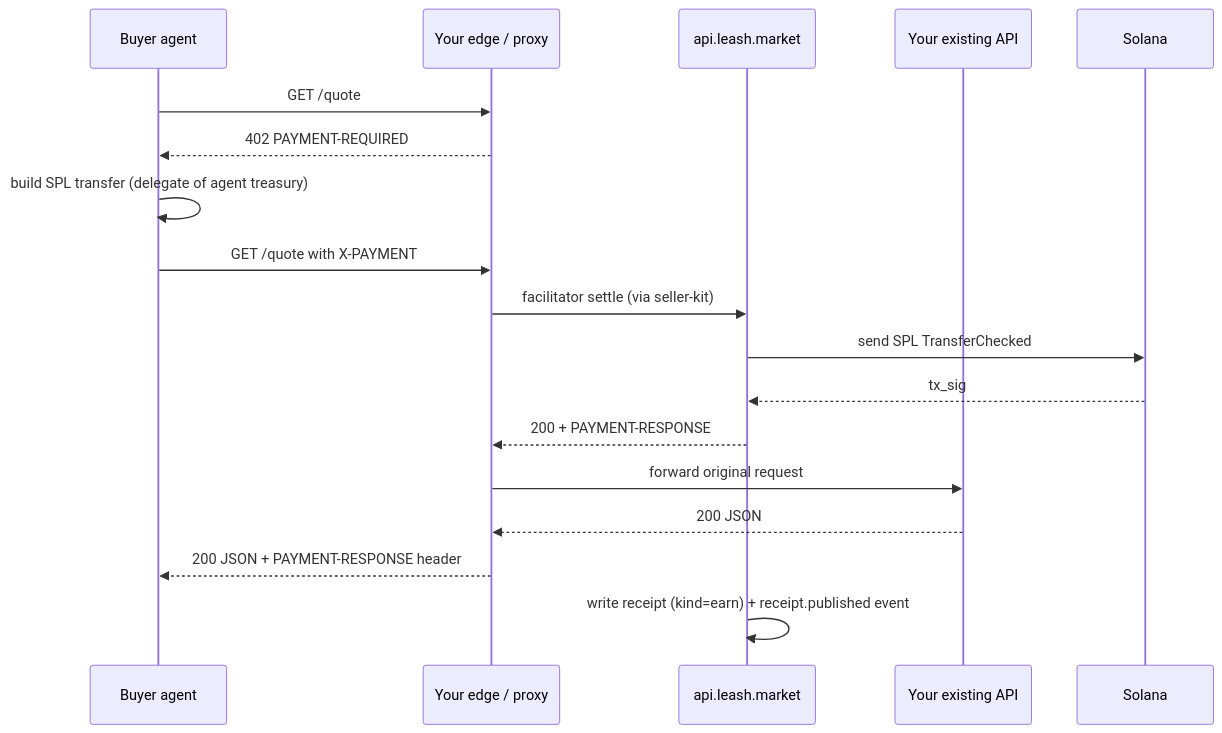
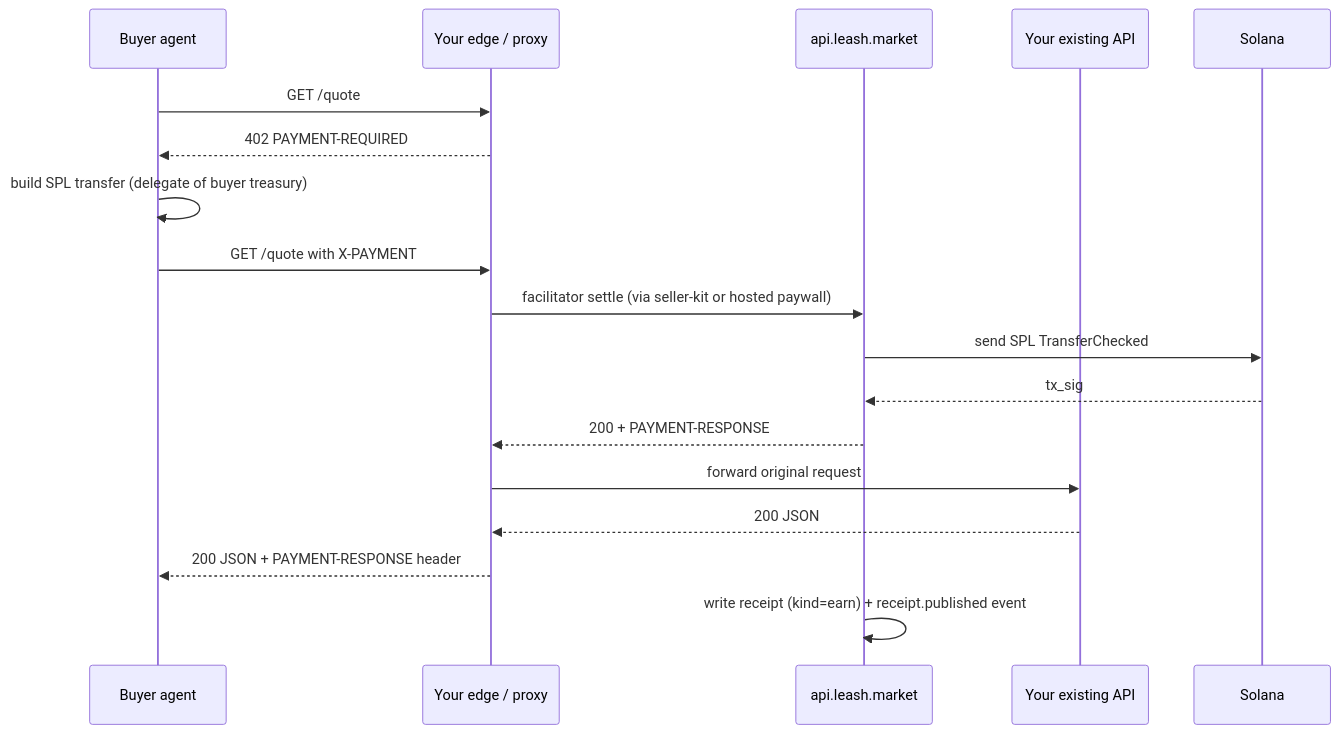
The diagram in apps/docs/api/monetize-api.mdx (Axio-Lab/leash), drawn with Mermaid before and after one commit. The commit also changed other lines of this file and 1 other file, not shown here.

````diff
--- a/apps/docs/api/monetize-api.mdx
+++ b/apps/docs/api/monetize-api.mdx
@@ -106,21 +113,21 @@
 ```mermaid
 sequenceDiagram
   participant Buyer as Buyer agent
   participant Edge as Your edge / proxy
   participant API as api.leash.market
   participant Saas as Your existing API
   participant Chain as Solana
 
   Buyer->>Edge: GET /quote
   Edge-->>Buyer: 402 PAYMENT-REQUIRED
-  Buyer->>Buyer: build SPL transfer (delegate of agent treasury)
+  Buyer->>Buyer: build SPL transfer (delegate of buyer treasury)
   Buyer->>Edge: GET /quote with X-PAYMENT
-  Edge->>API: facilitator settle (via seller-kit)
+  Edge->>API: facilitator settle (via seller-kit or hosted paywall)
   API->>Chain: send SPL TransferChecked
   Chain-->>API: tx_sig
   API-->>Edge: 200 + PAYMENT-RESPONSE
   Edge->>Saas: forward original request
   Saas-->>Edge: 200 JSON
   Edge-->>Buyer: 200 JSON + PAYMENT-RESPONSE header
   API->>API: write receipt (kind=earn) + receipt.published event
 ```
````
